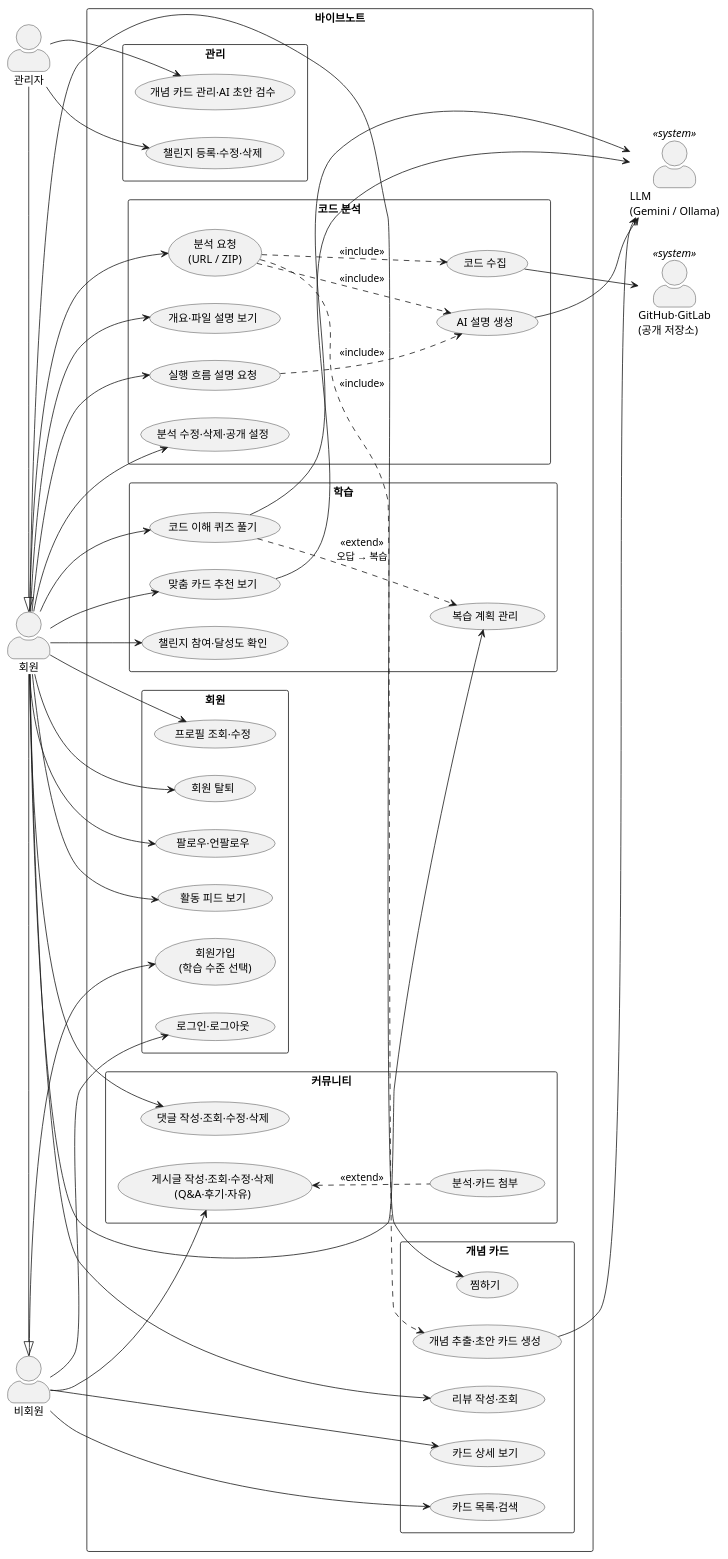
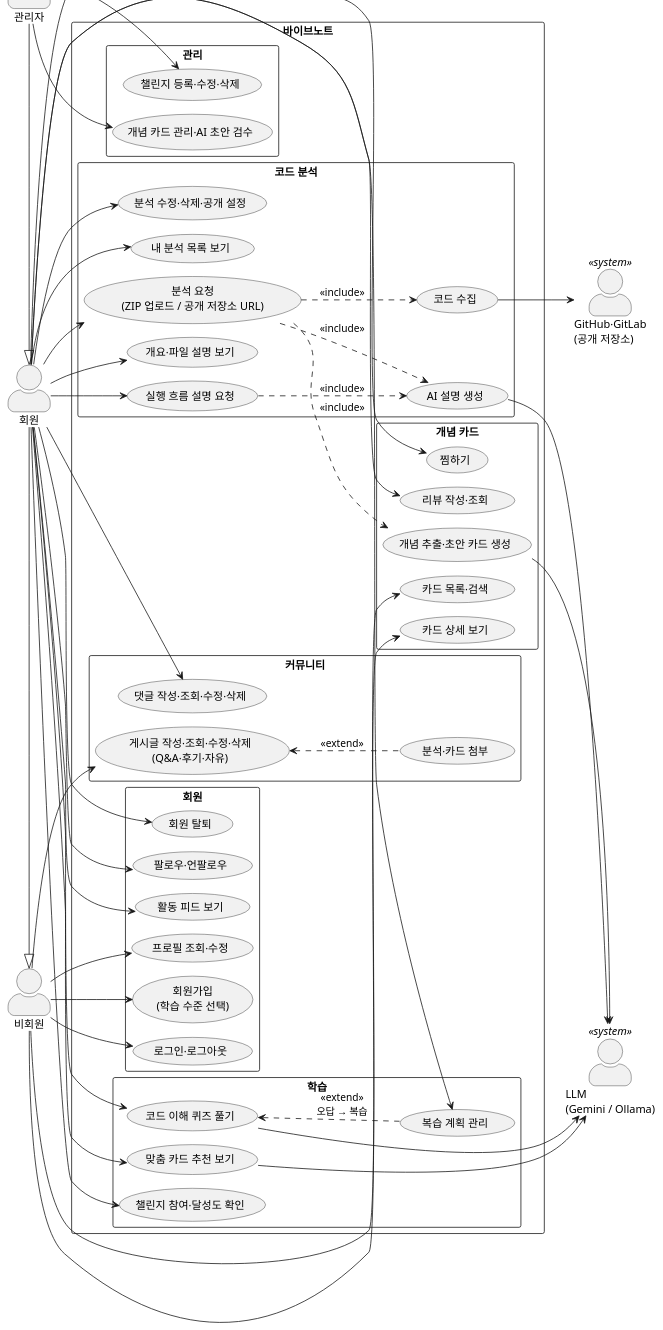
Before and after one commit to whans1996/final: the diagram in docs/산출물/diagrams/usecase.puml, drawn with PlantUML. The commit also changed 4 other files, not shown here.

First line of the commit message:
docs: 유스케이스 다이어그램 렌더링·전체 UC 흐름 (WBS 1.4)

```diff
--- a/docs/산출물/diagrams/usecase.puml
+++ b/docs/산출물/diagrams/usecase.puml
@@ -1,99 +1,103 @@
 @startuml usecase
-' 바이브노트 Use-Case Diagram (소스). 이미지는 제출 단계에서 렌더링한다: docs/산출물/diagrams/usecase.png
+' 바이브노트 Use-Case Diagram (소스). 렌더링 명령은 02-유스케이스.md 머리에 있다 → docs/산출물/diagrams/usecase.png
+' smetana 배치 엔진이라 Graphviz 없이 JDK만으로 렌더링된다
+!pragma layout smetana
 left to right direction
 skinparam packageStyle rectangle
 skinparam actorStyle awesome
 
 actor "비회원" as Guest
 actor "회원" as Member
 actor "관리자" as Admin
 actor "LLM\n(Gemini / Ollama)" as LLM <<system>>
 actor "GitHub·GitLab\n(공개 저장소)" as Repo <<system>>
 
 Member -|> Guest
 Admin -|> Member
 
 rectangle "바이브노트" {
   package "회원" {
     usecase "회원가입\n(학습 수준 선택)" as UC01
     usecase "로그인·로그아웃" as UC02
     usecase "프로필 조회·수정" as UC03
     usecase "회원 탈퇴" as UC04
     usecase "팔로우·언팔로우" as UC05
     usecase "활동 피드 보기" as UC06
   }
 
   package "코드 분석" {
-    usecase "분석 요청\n(URL / ZIP)" as UC10
+    usecase "분석 요청\n(ZIP 업로드 / 공개 저장소 URL)" as UC10
     usecase "개요·파일 설명 보기" as UC11
     usecase "실행 흐름 설명 요청" as UC12
     usecase "분석 수정·삭제·공개 설정" as UC13
     usecase "코드 수집" as UC14
     usecase "AI 설명 생성" as UC15
+    usecase "내 분석 목록 보기" as UC16
   }
 
   package "개념 카드" {
     usecase "카드 목록·검색" as UC20
     usecase "카드 상세 보기" as UC21
     usecase "리뷰 작성·조회" as UC22
     usecase "찜하기" as UC23
     usecase "개념 추출·초안 카드 생성" as UC24
   }
 
   package "학습" {
     usecase "코드 이해 퀴즈 풀기" as UC30
     usecase "복습 계획 관리" as UC31
     usecase "맞춤 카드 추천 보기" as UC32
     usecase "챌린지 참여·달성도 확인" as UC33
   }
 
   package "커뮤니티" {
     usecase "게시글 작성·조회·수정·삭제\n(Q&A·후기·자유)" as UC40
     usecase "댓글 작성·조회·수정·삭제" as UC41
     usecase "분석·카드 첨부" as UC42
   }
 
   package "관리" {
     usecase "개념 카드 관리·AI 초안 검수" as UC50
     usecase "챌린지 등록·수정·삭제" as UC51
   }
 }
 
 Guest --> UC01
 Guest --> UC02
 Guest --> UC20
+Guest --> UC03
 Guest --> UC21
 Guest --> UC40
 
-Member --> UC03
 Member --> UC04
 Member --> UC05
 Member --> UC06
 Member --> UC10
 Member --> UC11
 Member --> UC12
 Member --> UC13
+Member --> UC16
 Member --> UC22
 Member --> UC23
 Member --> UC30
 Member --> UC31
 Member --> UC32
 Member --> UC33
 Member --> UC41
 
 Admin --> UC50
 Admin --> UC51
 
 UC10 ..> UC14 : <<include>>
 UC10 ..> UC15 : <<include>>
 UC10 ..> UC24 : <<include>>
 UC12 ..> UC15 : <<include>>
 UC40 <.. UC42 : <<extend>>
-UC30 ..> UC31 : <<extend>>\n오답 → 복습
+UC30 <.. UC31 : <<extend>>\n오답 → 복습
 
 UC14 --> Repo
 UC15 --> LLM
 UC24 --> LLM
 UC30 --> LLM
 UC32 --> LLM
 @enduml
```
